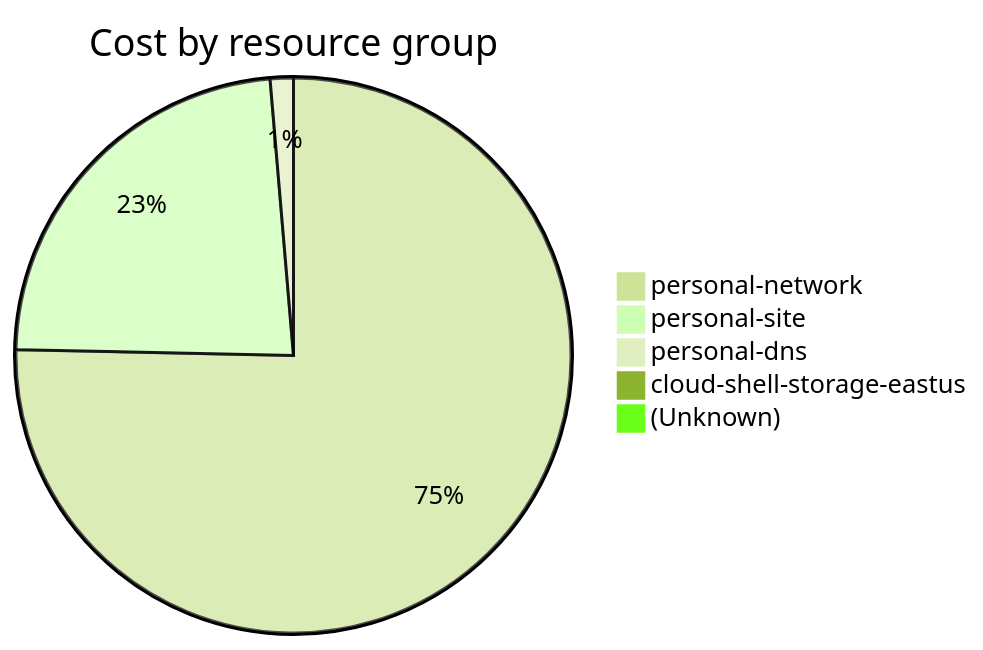
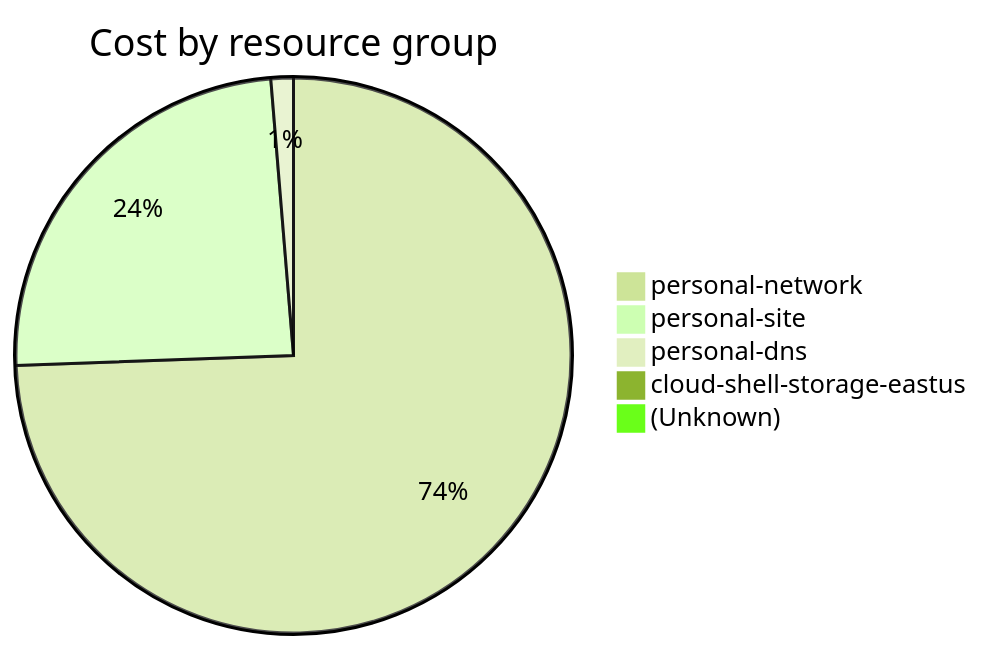
One commit to jpfulton/azure-personal-reports changed the fourth of 4 diagrams in cost-reports/accumulated-cost.md. Above: the diagram before and after it, drawn with Mermaid (forest theme). The commit also changed other lines of this file and 4 other files, not shown here.

````diff
--- a/cost-reports/accumulated-cost.md
+++ b/cost-reports/accumulated-cost.md
@@ -153,9 +153,9 @@
 ```mermaid
 pie
    title Cost by resource group
-   "personal-network" : 5.59
-   "personal-site" : 1.73
-   "personal-dns" : 0.10
-   "cloud-shell-storage-eastus" : 0.03
-   "(Unknown)" : 0.02
+   "personal-network" : 6.84
+   "personal-site" : 2.23
+   "personal-dns" : 0.12
+   "cloud-shell-storage-eastus" : 0.04
+   "(Unknown)" : 0.03
 ```
````
